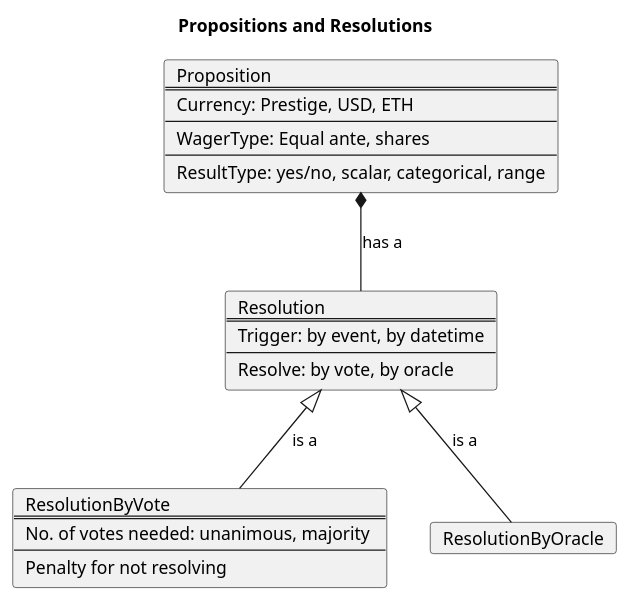
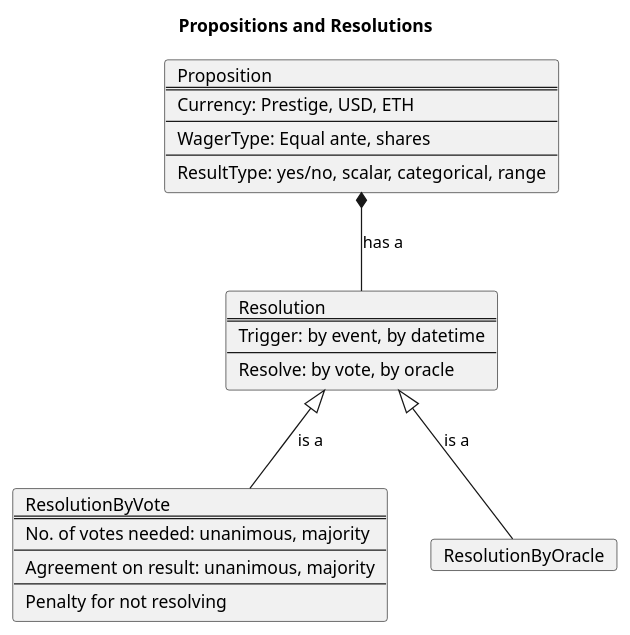
The diagram in docs/Diagrams/src/Architecture/propositions.puml (adhurjaty/prediction-app), drawn with PlantUML before and after one commit. The commit also changed 2 other files, not shown here.

```diff
--- a/docs/Diagrams/src/Architecture/propositions.puml
+++ b/docs/Diagrams/src/Architecture/propositions.puml
@@ -1,37 +1,39 @@
 @startuml Propositions and Resolutions
 
 title Propositions and Resolutions
 
 card Proposition [
     Proposition
     ====
     Currency: Prestige, USD, ETH
     ----
     WagerType: Equal ante, shares
     ----
     ResultType: yes/no, scalar, categorical, range
 ]
 
 card Resolution [
     Resolution
     ====
     Trigger: by event, by datetime
     ----
     Resolve: by vote, by oracle
 ]
 
 card ResolutionByVote [
     ResolutionByVote
     ====
     No. of votes needed: unanimous, majority 
     ----
+    Agreement on result: unanimous, majority
+    ----
     Penalty for not resolving
 ]
 card ResolutionByOracle
 
 Proposition *-- Resolution : has a
 Resolution ^-- ResolutionByOracle : is a
 Resolution ^-- ResolutionByVote : is a
 
 
 @enduml
```
